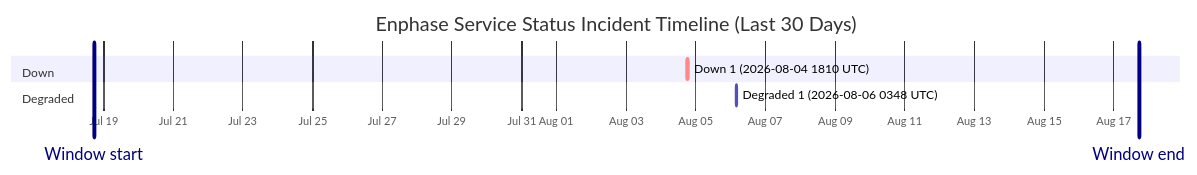
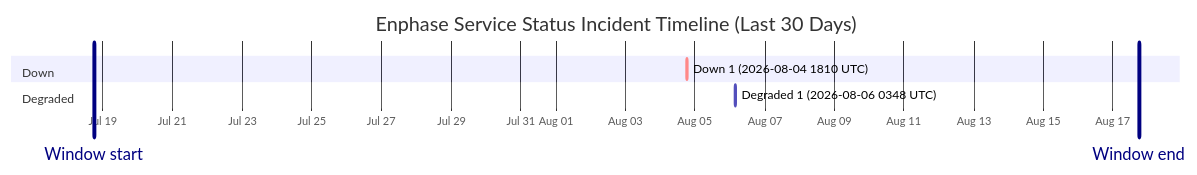
One commit to barneyonline/ha-enphase-energy changed the diagram in wiki/Service-Status-History.md. Above: the diagram before and after it, drawn with Mermaid. The commit also changed other lines of this file and 3 other files, not shown here.

````diff
--- a/wiki/Service-Status-History.md
+++ b/wiki/Service-Status-History.md
@@ -14,12 +14,12 @@
 ```mermaid
 gantt
     title Enphase Service Status Incident Timeline (Last 30 Days)
     dateFormat  YYYY-MM-DDTHH:mm:ss
     axisFormat  %b %d
-    Window start :vert, window-start, 2026-07-18T17:25:01, 0ms
-    Window end :vert, window-end, 2026-08-17T17:25:01, 0ms
+    Window start :vert, window-start, 2026-07-18T17:55:02, 0ms
+    Window end :vert, window-end, 2026-08-17T17:55:02, 0ms
     section Down
     Down 1 (2026-08-04 1810 UTC) :crit, down-1, 2026-08-04T18:10:46, 60m
     section Degraded
     Degraded 1 (2026-08-06 0348 UTC) :active, degraded-1, 2026-08-06T03:48:14, 60m
 ```
````
